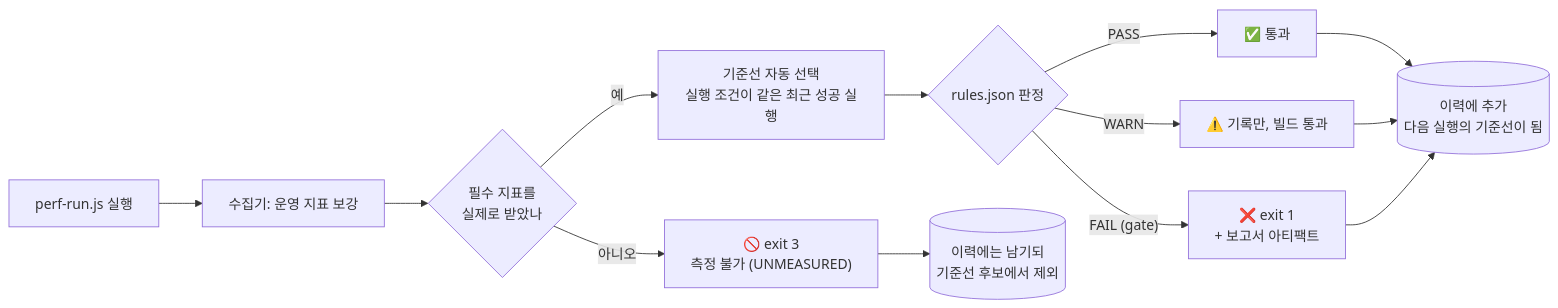
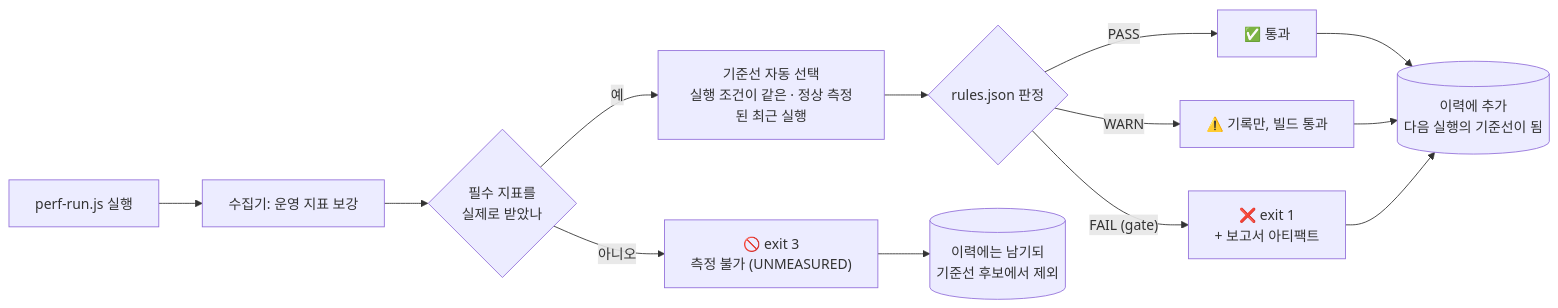
Before and after one commit to JangHyeok2909/highteenday-backend: the diagram in performance/regression/README.md, drawn with Mermaid. The commit also changed other lines of this file and 3 other files, not shown here.

````diff
--- a/performance/regression/README.md
+++ b/performance/regression/README.md
@@ -20,15 +20,15 @@
 ```mermaid
 flowchart LR
     R[perf-run.js 실행] --> C[수집기: 운영 지표 보강]
     C --> M{필수 지표를<br/>실제로 받았나}
     M -->|"아니오"| U["🚫 exit 3<br/>측정 불가 (UNMEASURED)"]
-    M -->|"예"| B["기준선 자동 선택<br/>실행 조건이 같은 최근 성공 실행"]
+    M -->|"예"| B["기준선 자동 선택<br/>실행 조건이 같은 · 정상 측정된 최근 실행"]
     B --> J{rules.json 판정}
     J -->|PASS| OK["✅ 통과"]
     J -->|WARN| W["⚠️ 기록만, 빌드 통과"]
     J -->|"FAIL (gate)"| F["❌ exit 1<br/>+ 보고서 아티팩트"]
     OK --> H[(이력에 추가<br/>다음 실행의 기준선이 됨)]
     W --> H
     F --> H
     U --> H2[(이력에는 남기되<br/>기준선 후보에서 제외)]
 ```
````
